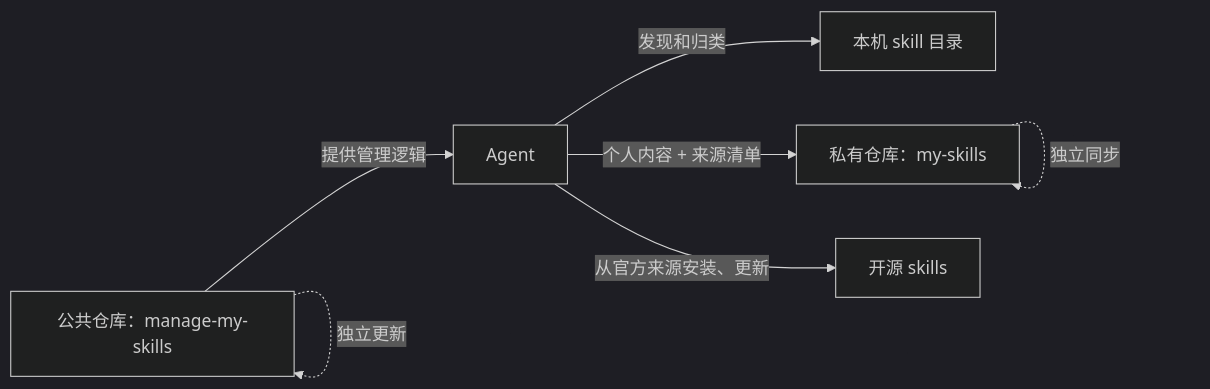
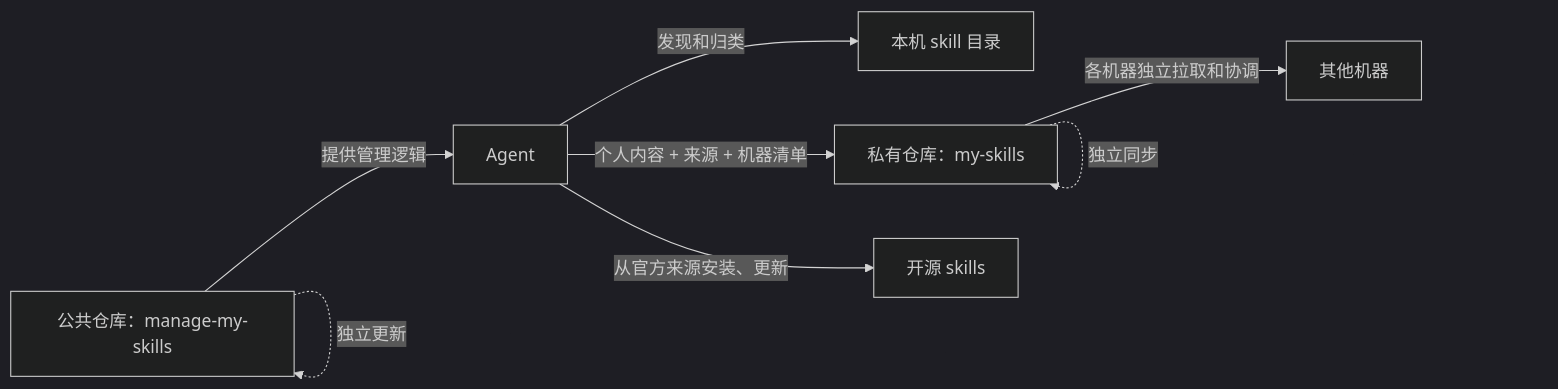
Before and after one commit to Pursuer-Hsf/manage-my-skills: the diagram in docs/README.zh-CN.md, drawn with Mermaid (dark theme). The commit also changed other lines of this file and 13 other files, not shown here.

````diff
--- a/docs/README.zh-CN.md
+++ b/docs/README.zh-CN.md
@@ -75,9 +75,10 @@
 ```mermaid
 flowchart LR
     A["公共仓库：manage-my-skills"] -->|"提供管理逻辑"| B["Agent"]
     B -->|"发现和归类"| C["本机 skill 目录"]
-    B -->|"个人内容 + 来源清单"| D["私有仓库：my-skills"]
+    B -->|"个人内容 + 来源 + 机器清单"| D["私有仓库：my-skills"]
     B -->|"从官方来源安装、更新"| E["开源 skills"]
+    D -->|"各机器独立拉取和协调"| F["其他机器"]
     A -. "独立更新" .-> A
     D -. "独立同步" .-> D
 ```
````
